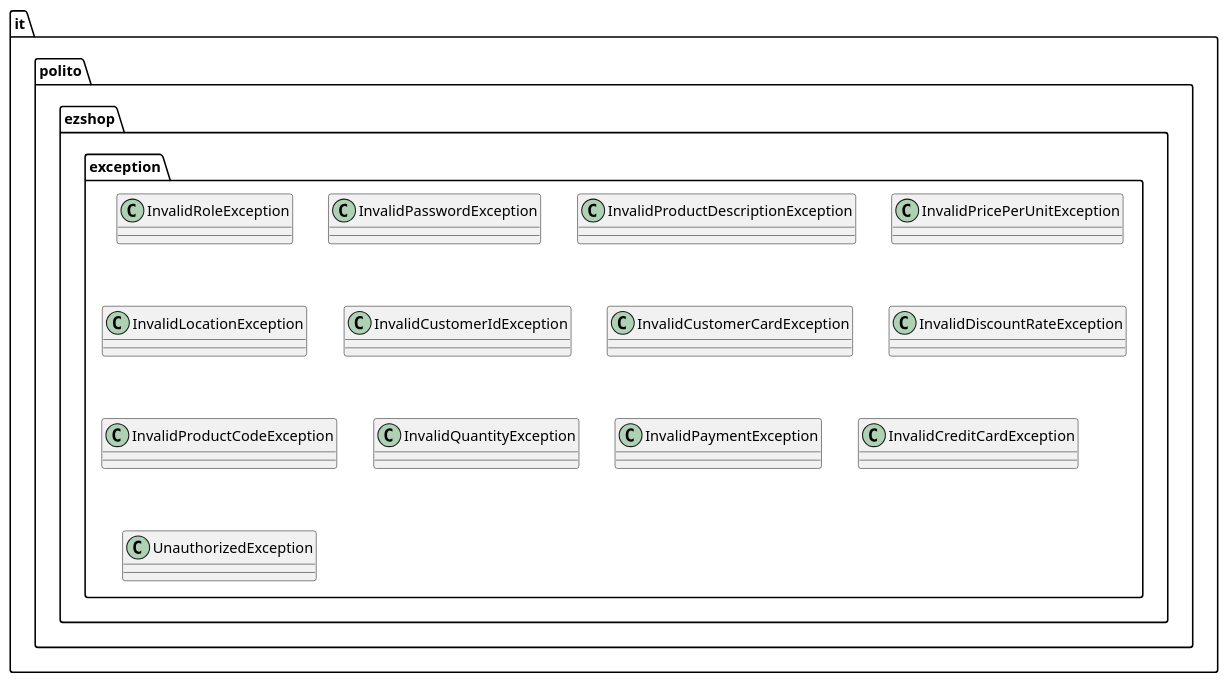
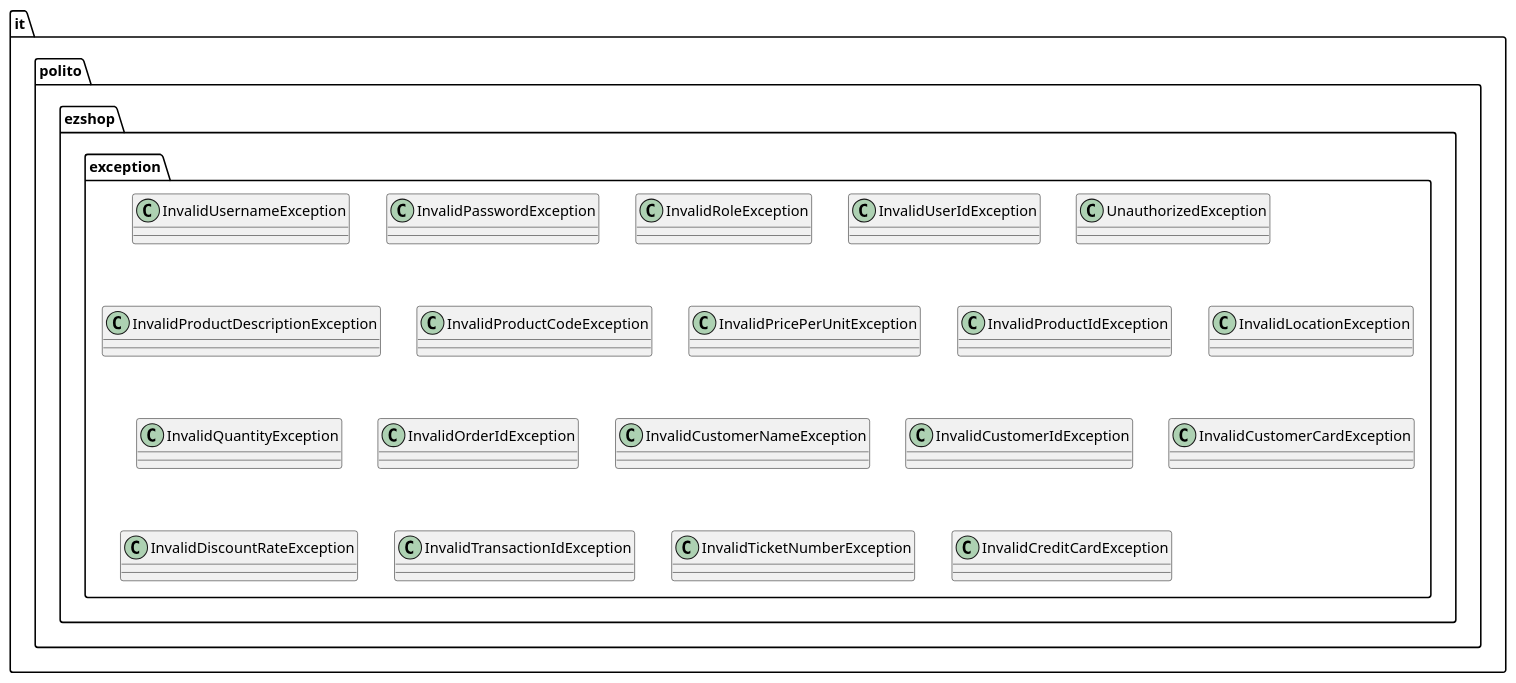
One commit to MatteoBattilana/EzShop changed the third of 5 diagrams in Deliverables/DesignDocument.md. Above: the diagram before and after it, drawn with PlantUML. The commit also changed other lines of this file, not shown here.

````diff
--- a/Deliverables/DesignDocument.md
+++ b/Deliverables/DesignDocument.md
@@ -373,17 +373,28 @@
 ```plantuml
 package it.polito.ezshop.exception {
-  class InvalidRoleException
-  class InvalidPasswordException
-  class InvalidProductDescriptionException
-  class InvalidPricePerUnitException
-  class InvalidLocationException
-  class InvalidCustomerIdException
-  class InvalidCustomerCardException
-  class InvalidDiscountRateException
-  class InvalidProductCodeException
-  class InvalidQuantityException
-  class InvalidPaymentException
-  class InvalidCreditCardException
-  class UnauthorizedException
+class InvalidUsernameException
+class InvalidPasswordException
+class InvalidRoleException
+
+class InvalidUserIdException
+class UnauthorizedException
+
+class InvalidProductDescriptionException
+class InvalidProductCodeException
+class InvalidPricePerUnitException
+class InvalidProductIdException
+class InvalidLocationException
+class InvalidQuantityException
+
+class InvalidOrderIdException
+class InvalidCustomerNameException
+class InvalidCustomerIdException
+class InvalidCustomerCardException
+
+class InvalidDiscountRateException
+class InvalidTransactionIdException
+class InvalidTicketNumberException
+
+class InvalidCreditCardException
 }
 ```
````
